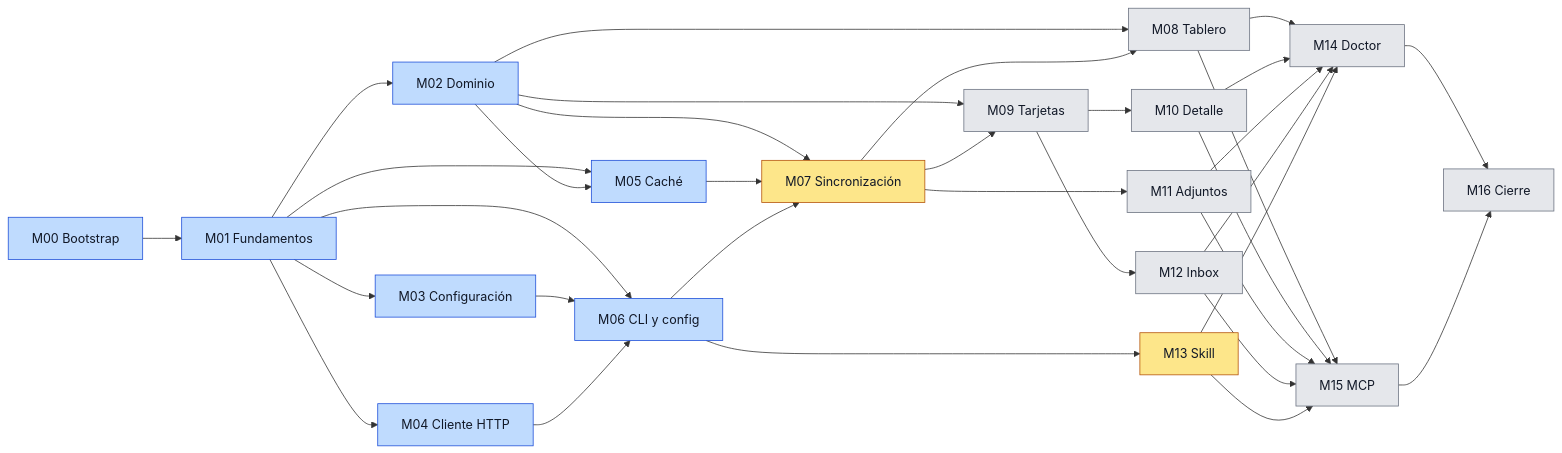
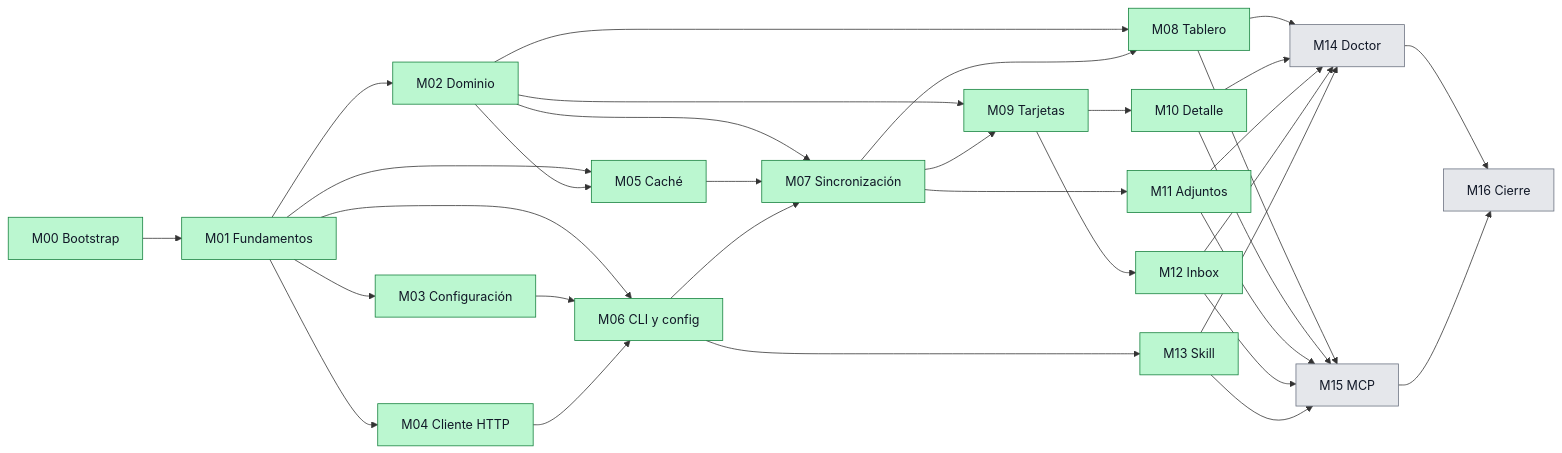
Before and after one commit to dayler/trelloctl: the diagram in docs/plan/00-plan-maestro.md, drawn with Mermaid. The commit also changed other lines of this file and 14 other files, not shown here.

````diff
--- a/docs/plan/00-plan-maestro.md
+++ b/docs/plan/00-plan-maestro.md
@@ -84,47 +84,42 @@
 ```mermaid
 flowchart LR
     M00[M00 Bootstrap] --> M01[M01 Fundamentos]
     M01 --> M02[M02 Dominio]
     M01 --> M03[M03 Configuración]
     M01 --> M04[M04 Cliente HTTP]
     M01 --> M05[M05 Caché]
     M02 --> M05
     M01 --> M06[M06 CLI y config]
     M03 --> M06
     M04 --> M06
     M02 --> M07[M07 Sincronización]
     M05 --> M07
     M06 --> M07
     M06 --> M13[M13 Skill]
     M02 --> M08[M08 Tablero]
     M07 --> M08
     M02 --> M09[M09 Tarjetas]
     M07 --> M09
     M07 --> M11[M11 Adjuntos]
     M09 --> M10[M10 Detalle]
     M09 --> M12[M12 Inbox]
     M08 --> M14[M14 Doctor]
     M10 --> M14
     M11 --> M14
     M12 --> M14
     M13 --> M14
     M08 --> M15[M15 MCP]
     M10 --> M15
     M11 --> M15
     M12 --> M15
     M13 --> M15
     M14 --> M16[M16 Cierre]
     M15 --> M16
 
     classDef pending fill:#e5e7eb,stroke:#6b7280,color:#111827
     classDef in_progress fill:#fde68a,stroke:#b45309,color:#111827
     classDef in_review fill:#bfdbfe,stroke:#1d4ed8,color:#111827
     classDef done fill:#bbf7d0,stroke:#15803d,color:#111827
-    classDef blocked fill:#fecaca,stroke:#b91c1c,color:#111827
-    class M08,M09,M10,M11,M12,M14,M15,M16 pending
-    class M00 in_review
-    class M01 in_review
-    class M02,M03,M04 in_review
-    class M05,M06 in_review
-    class M07,M13 in_progress
+    class M14,M15,M16 pending
+    class M00,M01,M02,M03,M04,M05,M06,M07,M08,M09,M10,M11,M12,M13 done
 ```
````
